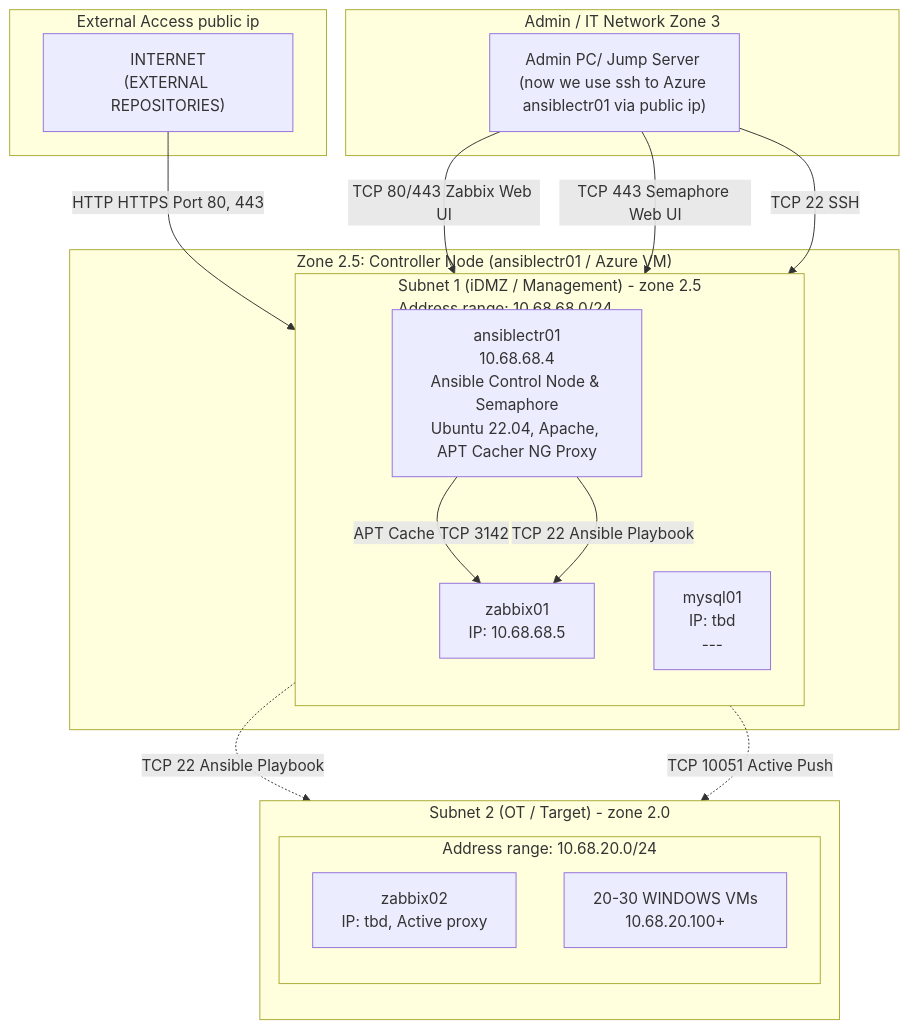
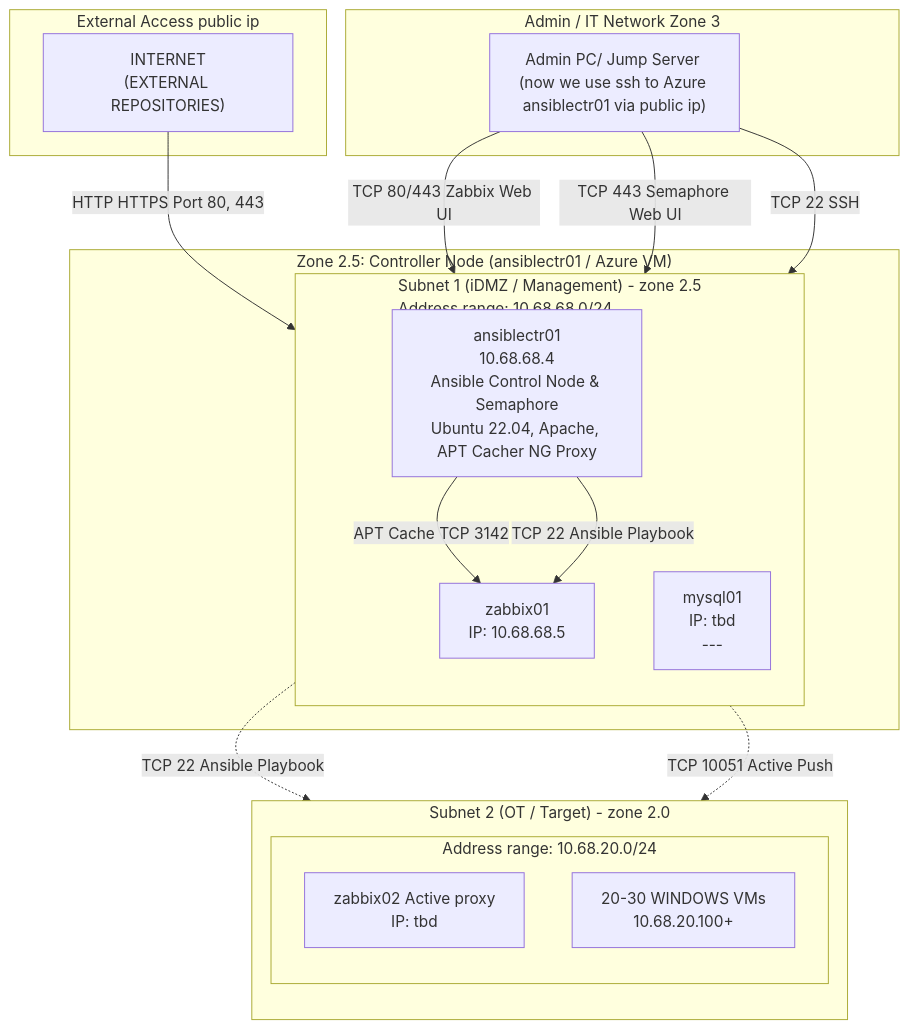
One commit to spawnmarvel/kvm-lab changed the diagram in run_research_2_azure_zabbix_stack_extra_with_windows_vms/readme.md. Above: the diagram before and after it, drawn with Mermaid.

Commit message:
start ansible

````diff
--- a/run_research_2_azure_zabbix_stack_extra_with_windows_vms/readme.md
+++ b/run_research_2_azure_zabbix_stack_extra_with_windows_vms/readme.md
@@ -926,39 +926,39 @@
 ```mermaid
 graph TD
     subgraph Zone1 ["External Access public ip"]
         Internet["INTERNET<br/>(EXTERNAL REPOSITORIES)"]
     end
 
     subgraph Zone2 ["Zone 2.5: Controller Node (ansiblectr01 / Azure VM)"]
         subgraph Subnet1 ["Subnet 1 (iDMZ / Management) - zone 2.5<br/>Address range: 10.68.68.0/24"]
             direction TB
             ansiblectr01["ansiblectr01<br/>10.68.68.4<br/>Ansible Control Node & Semaphore<br/>Ubuntu 22.04, Apache, APT Cacher NG Proxy"]
             zabbix01["zabbix01<br/>IP: 10.68.68.5"]
             mysql01["mysql01<br/>IP: tbd<br/>---"]
         end
     end
 
     subgraph Zone2OT ["Subnet 2 (OT / Target) - zone 2.0"]
         direction TB
         subgraph Subnet2 ["Address range: 10.68.20.0/24"]
-            zabbix02["zabbix02<br/>IP: tbd, Active proxy"]
+            zabbix02["zabbix02 Active proxy<br/>IP: tbd"]
             winVMs["20-30 WINDOWS VMs<br/>10.68.20.100+"]
         end
     end
 
     subgraph AdminNet ["Admin / IT Network Zone 3"]
         AdminPC["Admin PC/ Jump Server (now we use ssh to Azure ansiblectr01 via public ip)"]
     end
 
     Internet -->|HTTP HTTPS Port 80, 443| ansiblectr01
     AdminPC -->|TCP 80/443 Zabbix Web UI| zabbix01
     AdminPC -->|TCP 443 Semaphore Web UI| ansiblectr01
     AdminPC -->|TCP 22 SSH| ansiblectr01
     
     ansiblectr01 -->|APT Cache TCP 3142| zabbix01
     ansiblectr01 -->|TCP 22 Ansible Playbook| zabbix01
     
     ansiblectr01 -.->|TCP 22 Ansible Playbook| zabbix02
     zabbix01 -.->|TCP 10051 Active Push| zabbix02
 
 ```
````
